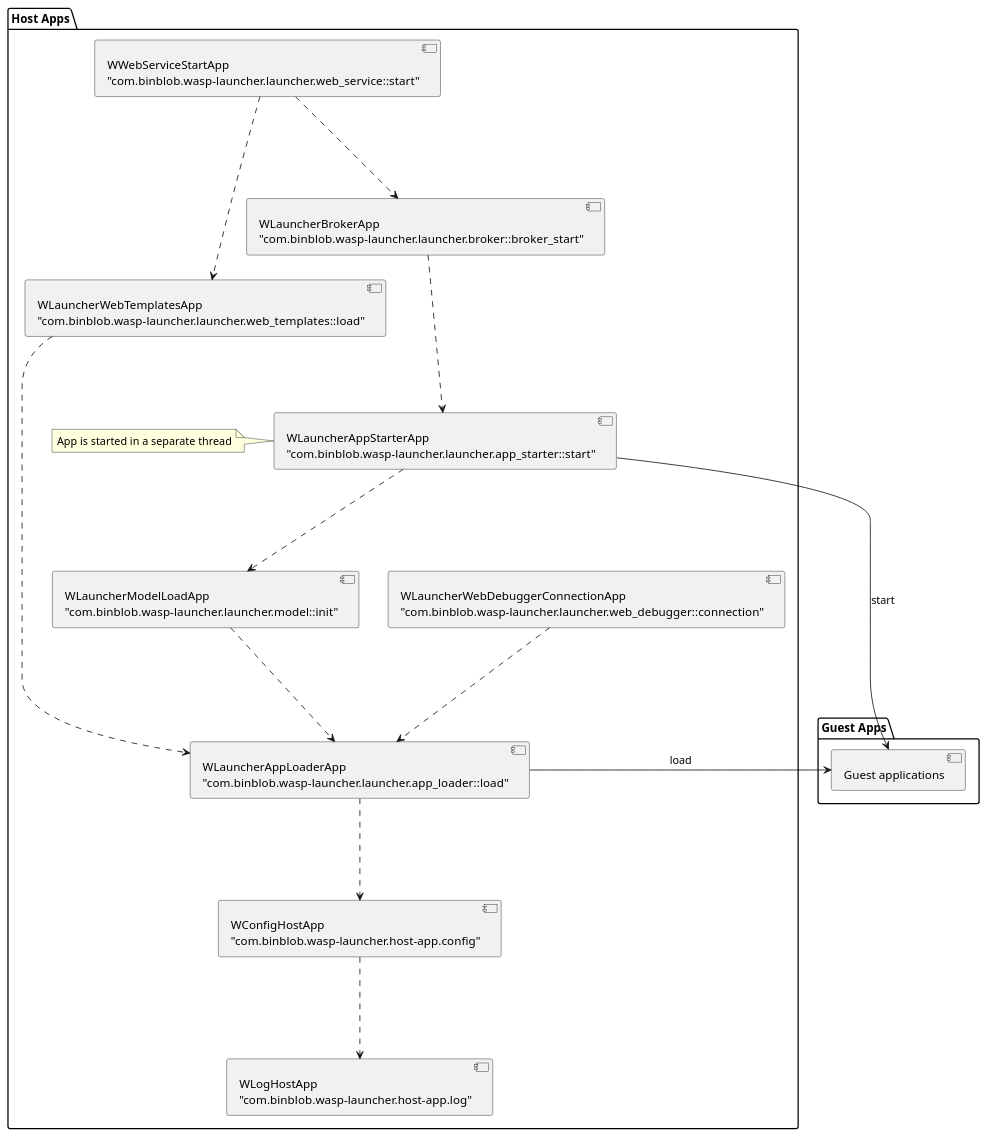
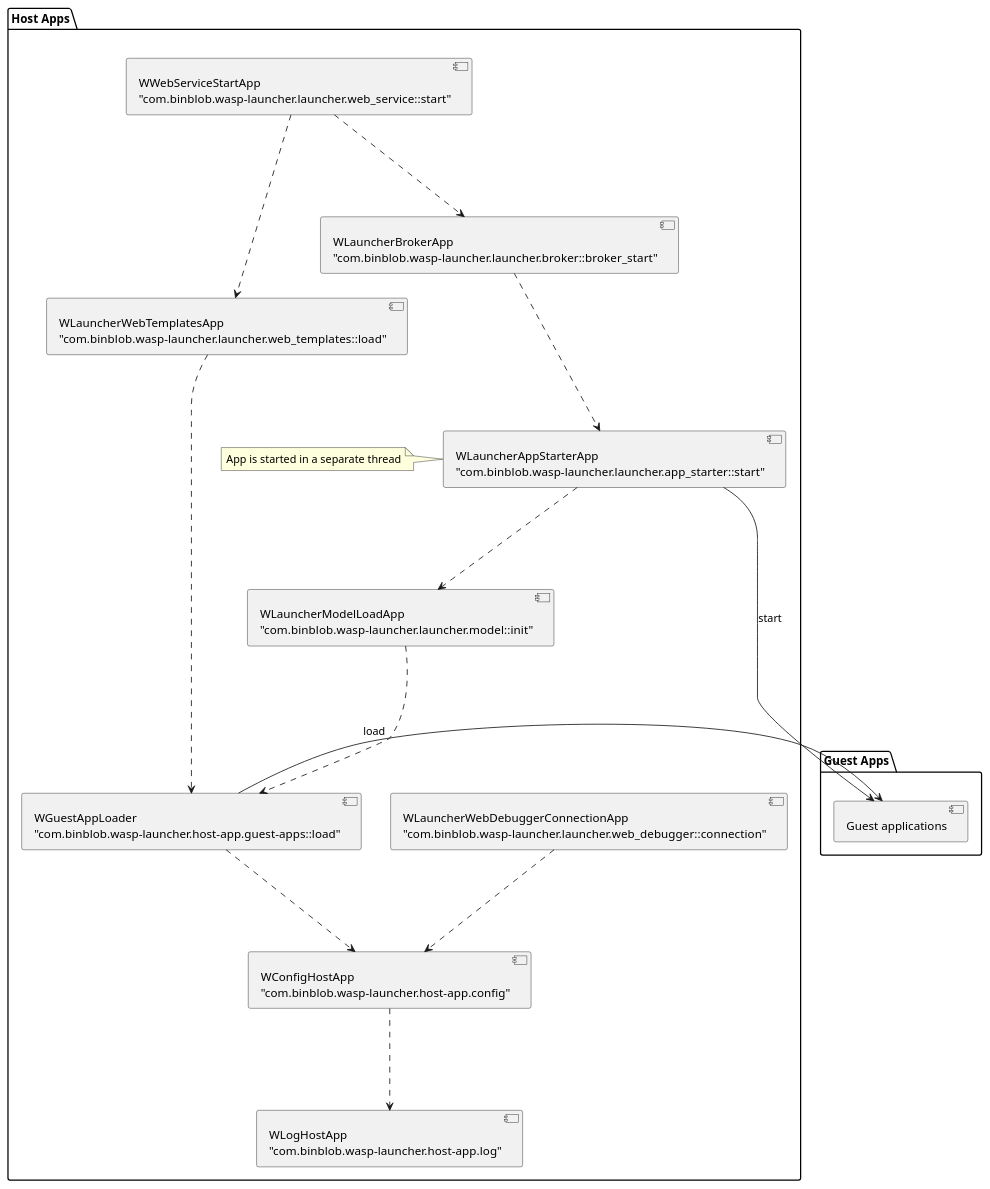
Before and after one commit to a1ezzz/wasp-launcher: the diagram in docs/sphinx/apps.puml, drawn with PlantUML. The commit also changed 6 other files, not shown here.

Commit message:
guest app loader renamed

```diff
--- a/docs/sphinx/apps.puml
+++ b/docs/sphinx/apps.puml
@@ -1,74 +1,74 @@
 @startuml
 
 package "Host Apps" {
 component log [
 WLogHostApp
 "com.binblob.wasp-launcher.host-app.log"
 ]
 
 component config [
 WConfigHostApp
 "com.binblob.wasp-launcher.host-app.config"
 ]
 
 component loader [
-WLauncherAppLoaderApp
-"com.binblob.wasp-launcher.launcher.app_loader::load"
+WGuestAppLoader
+"com.binblob.wasp-launcher.host-app.guest-apps::load"
 ]
 
 component model [
 WLauncherModelLoadApp
 "com.binblob.wasp-launcher.launcher.model::init"
 ]
 
 component starter [
 WLauncherAppStarterApp
 "com.binblob.wasp-launcher.launcher.app_starter::start"
 ]
 
 note left of starter
 App is started in a separate thread
 end note
 
 component template [
 WLauncherWebTemplatesApp
 "com.binblob.wasp-launcher.launcher.web_templates::load"
 ]
 
 component debugger [
 WLauncherWebDebuggerConnectionApp
 "com.binblob.wasp-launcher.launcher.web_debugger::connection"
 ]
 
 component broker [
 WLauncherBrokerApp
 "com.binblob.wasp-launcher.launcher.broker::broker_start"
 ]
 
 component web_host [
 WWebServiceStartApp
 "com.binblob.wasp-launcher.launcher.web_service::start"
 ]
 
 config .-down-> log
 loader .-down-> config
 model .-down-> loader
 template .-down-> loader
 starter .-down-> model
 broker .-down-> starter
 web_host .-down-> broker
 web_host .-down-> template
-debugger .-down-> loader
+debugger .-down-> config
 
 }
 
 package "Guest Apps" {
 component guest_apps [
 	Guest applications
 ]
 
 loader -> guest_apps: load
 starter -> guest_apps: start
 }
 
 @enduml
```
